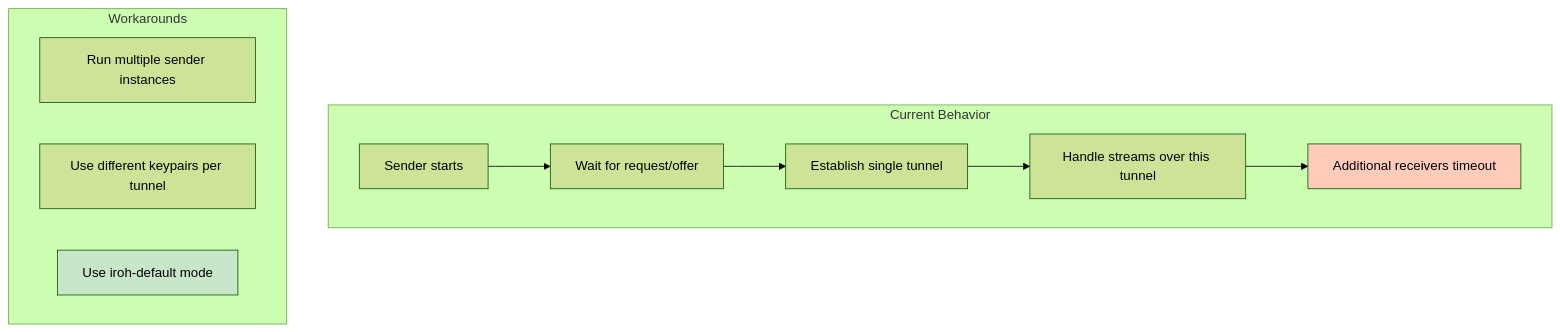
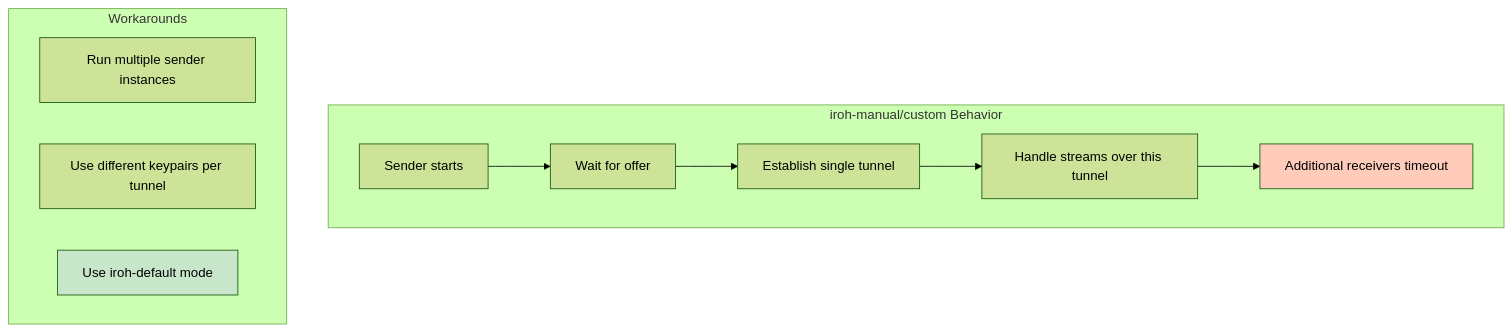
Diagram 38 of 38 in docs/ARCHITECTURE.md (andrewtheguy/vpn-rs), drawn with Mermaid (forest theme) before and after one commit. The commit also changed other lines of this file and 6 other files, not shown here.

````diff
--- a/docs/ARCHITECTURE.md
+++ b/docs/ARCHITECTURE.md
@@ -1553,18 +1555,18 @@
 ```mermaid
 graph TB
-    subgraph "Current Behavior"
-        A[Sender starts] --> B[Wait for request/offer]
+    subgraph "iroh-manual/custom Behavior"
+        A[Sender starts] --> B[Wait for offer]
         B --> C[Establish single tunnel]
         C --> D[Handle streams over this tunnel]
         D --> E[Additional receivers timeout]
     end
 
     subgraph "Workarounds"
         F[Run multiple sender instances]
         G[Use different keypairs per tunnel]
         H[Use iroh-default mode]
     end
 
     style E fill:#FFCCBC
     style H fill:#C8E6C9
 ```
````
